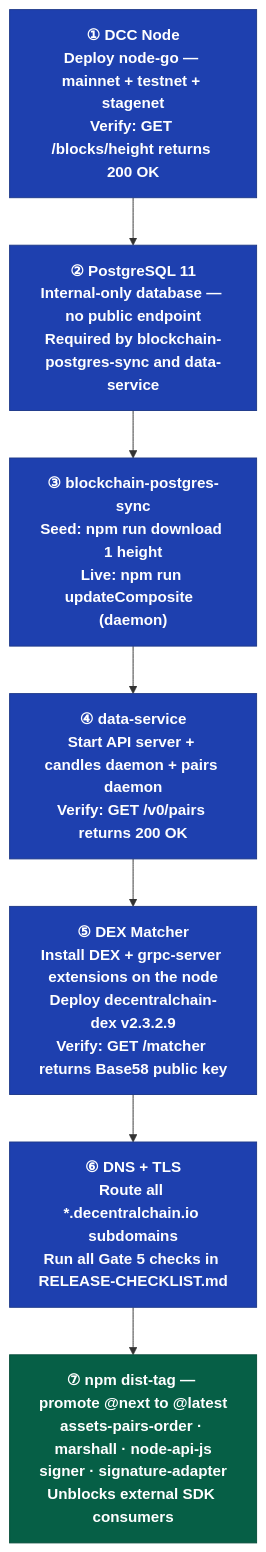
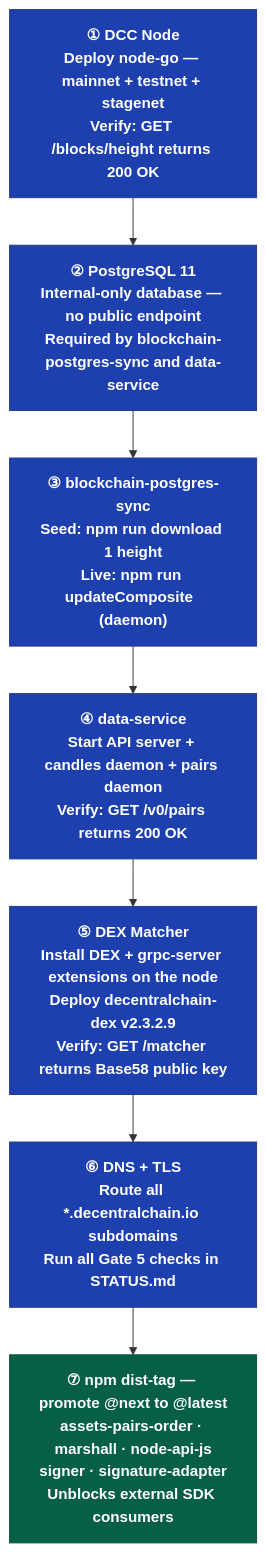
One commit to Decentral-America/DecentralChain changed the ninth of 9 diagrams in docs/ECOSYSTEM.md. Above: the diagram before and after it, drawn with Mermaid. The commit also changed other lines of this file and 223 other files, not shown here.

````diff
--- a/docs/ECOSYSTEM.md
+++ b/docs/ECOSYSTEM.md
@@ -605,23 +605,23 @@
 ```mermaid
 flowchart TD
     classDef step fill:#1E40AF,stroke:#1E3A8A,color:#fff,font-weight:bold
     classDef final fill:#065F46,stroke:#064E3B,color:#fff,font-weight:bold
 
     S1["① DCC Node<br/>Deploy node-go — mainnet + testnet + stagenet<br/>Verify: GET /blocks/height returns 200 OK"]
     S2["② PostgreSQL 11<br/>Internal-only database — no public endpoint<br/>Required by blockchain-postgres-sync and data-service"]
     S3["③ blockchain-postgres-sync<br/>Seed: npm run download 1 height<br/>Live: npm run updateComposite  (daemon)"]
     S4["④ data-service<br/>Start API server + candles daemon + pairs daemon<br/>Verify: GET /v0/pairs returns 200 OK"]
     S5["⑤ DEX Matcher<br/>Install DEX + grpc-server extensions on the node<br/>Deploy decentralchain-dex v2.3.2.9<br/>Verify: GET /matcher returns Base58 public key"]
-    S6["⑥ DNS + TLS<br/>Route all *.decentralchain.io subdomains<br/>Run all Gate 5 checks in RELEASE-CHECKLIST.md"]
+    S6["⑥ DNS + TLS<br/>Route all *.decentralchain.io subdomains<br/>Run all Gate 5 checks in STATUS.md"]
     S7["⑦ npm dist-tag — promote @next to @latest<br/>assets-pairs-order · marshall · node-api-js<br/>signer · signature-adapter<br/>Unblocks external SDK consumers"]
 
     S1 --> S2
     S2 --> S3
     S3 --> S4
     S4 --> S5
     S5 --> S6
     S6 --> S7
 
     class S1,S2,S3,S4,S5,S6 step
     class S7 final
 ```
````
